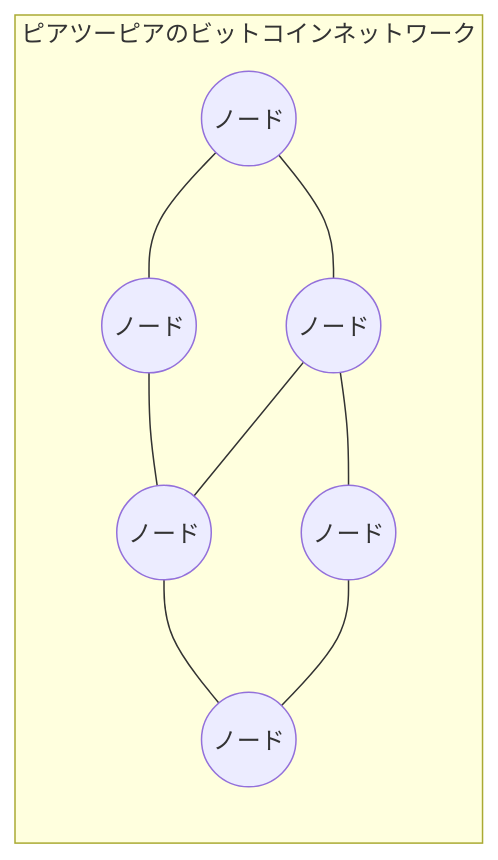
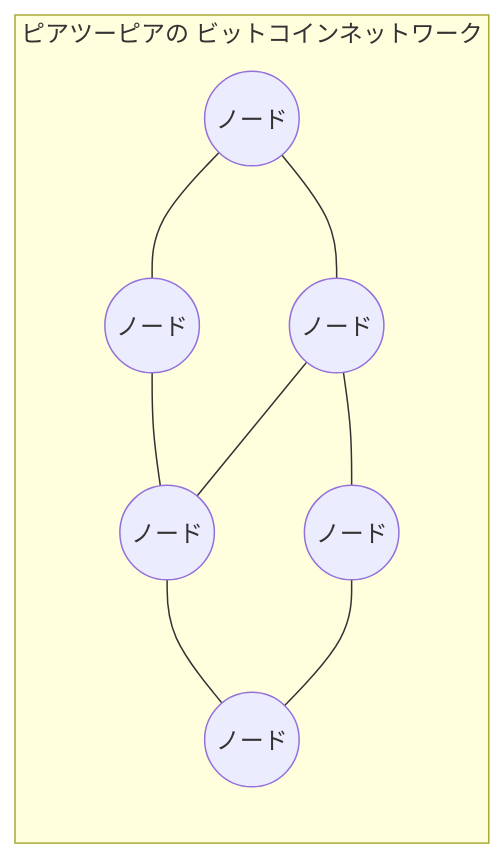
One commit to cypher256/BitcoinArchive changed the first of 10 diagrams in src/data/translations/ja/analysis/2026-05-23-how-bitcoin-works-visual-glossary.md. Above: the diagram before and after it, drawn with Mermaid. The commit also changed other lines of this file and 20 other files, not shown here.

````diff
--- a/src/data/translations/ja/analysis/2026-05-23-how-bitcoin-works-visual-glossary.md
+++ b/src/data/translations/ja/analysis/2026-05-23-how-bitcoin-works-visual-glossary.md
@@ -49,18 +51,18 @@
 ```mermaid
 flowchart LR
-  subgraph P2P[ピアツーピアのビットコインネットワーク]
+  subgraph P2P[ピアツーピアの ビットコインネットワーク]
     N1((ノード))
     N2((ノード))
     N3((ノード))
     N4((ノード))
     N5((ノード))
     N6((ノード))
     N1 --- N2
     N1 --- N3
     N2 --- N4
     N3 --- N4
     N3 --- N5
     N4 --- N6
     N5 --- N6
   end
 ```
````
